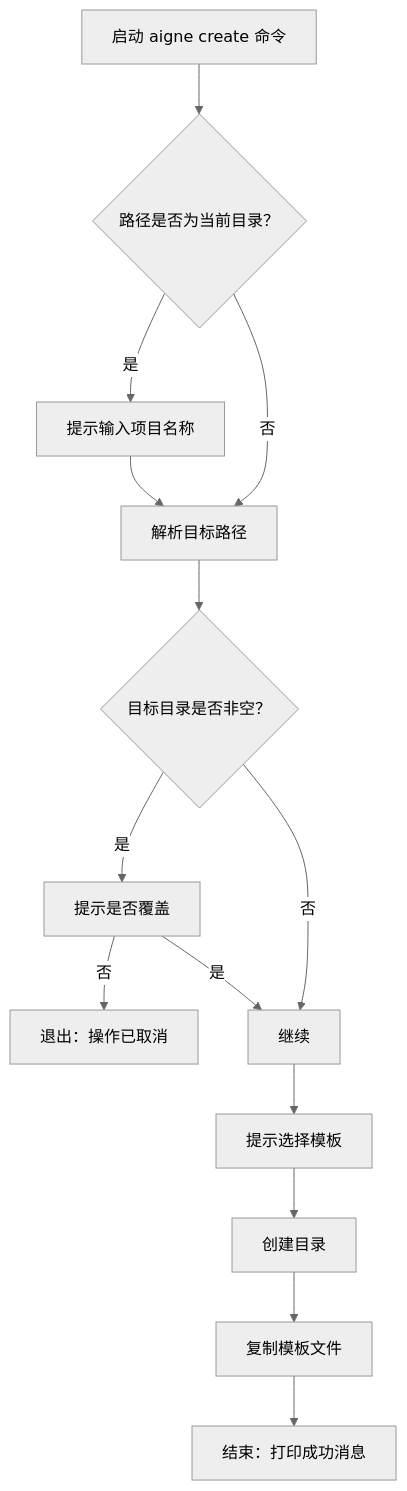
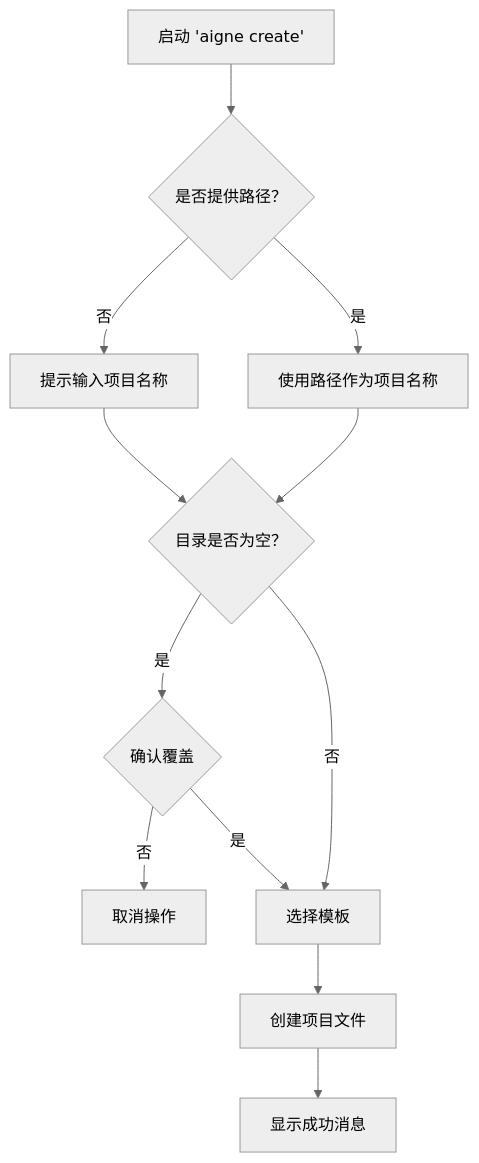
The diagram in packages/cli/docs/command-reference-create.zh.md (AIGNE-io/aigne-framework), drawn with Mermaid (neutral theme) before and after one commit. The commit also changed other lines of this file and 27 other files, not shown here.

````diff
--- a/packages/cli/docs/command-reference-create.zh.md
+++ b/packages/cli/docs/command-reference-create.zh.md
@@ -21,16 +5,14 @@
 ```mermaid
 flowchart TD
-    A["启动 aigne create 命令"] --> B{"路径是否为当前目录？"};
-    B -- "是" --> C["提示输入项目名称"];
-    C --> D["解析目标路径"];
-    B -- "否" --> D;
-    D --> E{"目标目录是否非空？"};
-    E -- "是" --> F["提示是否覆盖"];
-    F -- "否" --> G["退出：操作已取消"];
-    F -- "是" --> H["继续"];
+    A["启动 'aigne create'"] --> B{"是否提供路径？"};
+    B -- "否" --> C["提示输入项目名称"];
+    B -- "是" --> D["使用路径作为项目名称"];
+    C --> E{"目录是否为空？"};
+    D --> E;
+    E -- "是" --> F{"确认覆盖"};
+    F -- "否" --> G["取消操作"];
+    F -- "是" --> H["选择模板"];
     E -- "否" --> H;
-    H --> I["提示选择模板"];
-    I --> J["创建目录"];
-    J --> K["复制模板文件"];
-    K --> L["结束：打印成功消息"];
+    H --> I["创建项目文件"];
+    I --> J["显示成功消息"];
 ```
````
